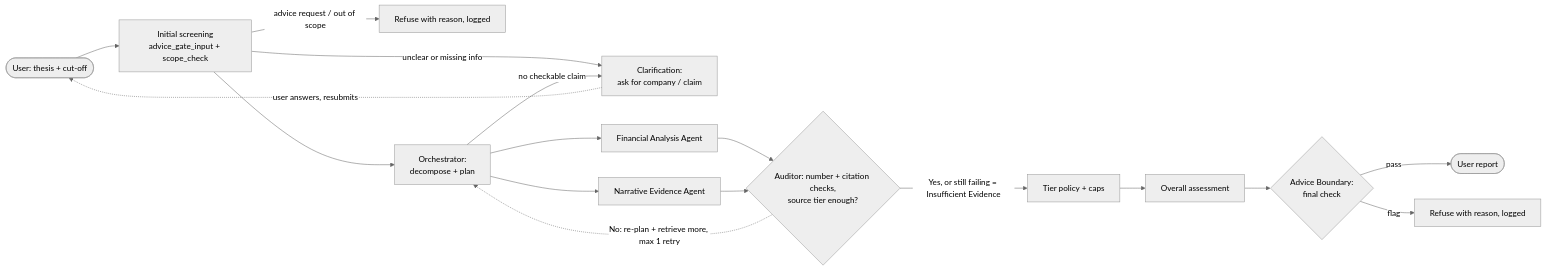
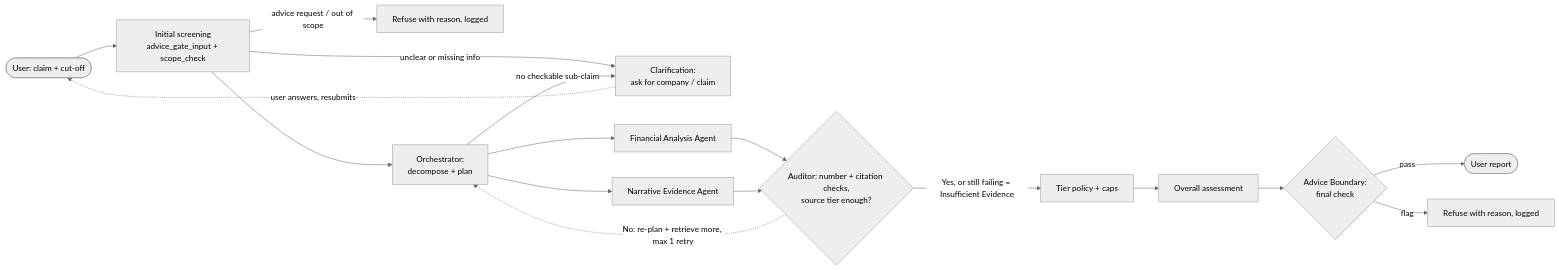
One commit to hungdp123/GenAI-group-project changed the diagram in README.md. Above: the diagram before and after it, drawn with Mermaid (neutral theme). The commit also changed other lines of this file and 45 other files, not shown here.

First line of the commit message:
Rename thesis -> claim and claim -> sub-claim (schema v0.3, breaking)

````diff
--- a/README.md
+++ b/README.md
@@ -237,19 +243,19 @@
 ```mermaid
 graph LR
-  user([User: thesis + cut-off]) --> screen[Initial screening<br/>advice_gate_input + scope_check]
+  user([User: claim + cut-off]) --> screen[Initial screening<br/>advice_gate_input + scope_check]
   screen -->|advice request / out of scope| refuse1[Refuse with reason, logged]
   screen -->|unclear or missing info| clarify[Clarification:<br/>ask for company / claim]
   clarify -.->|user answers, resubmits| user
   screen --> orch[Orchestrator:<br/>decompose + plan]
-  orch -->|no checkable claim| clarify
+  orch -->|no checkable sub-claim| clarify
   orch --> fin[Financial Analysis Agent]
   orch --> nar[Narrative Evidence Agent]
   fin --> aud{Auditor: number + citation checks,<br/>source tier enough?}
   nar --> aud
   aud -.->|No: re-plan + retrieve more, max 1 retry| orch
   aud -->|Yes, or still failing = Insufficient Evidence| tier[Tier policy + caps]
   tier --> overall[Overall assessment]
   overall --> final{Advice Boundary:<br/>final check}
   final -->|pass| report([User report])
   final -->|flag| refuse2[Refuse with reason, logged]
 ```
````
